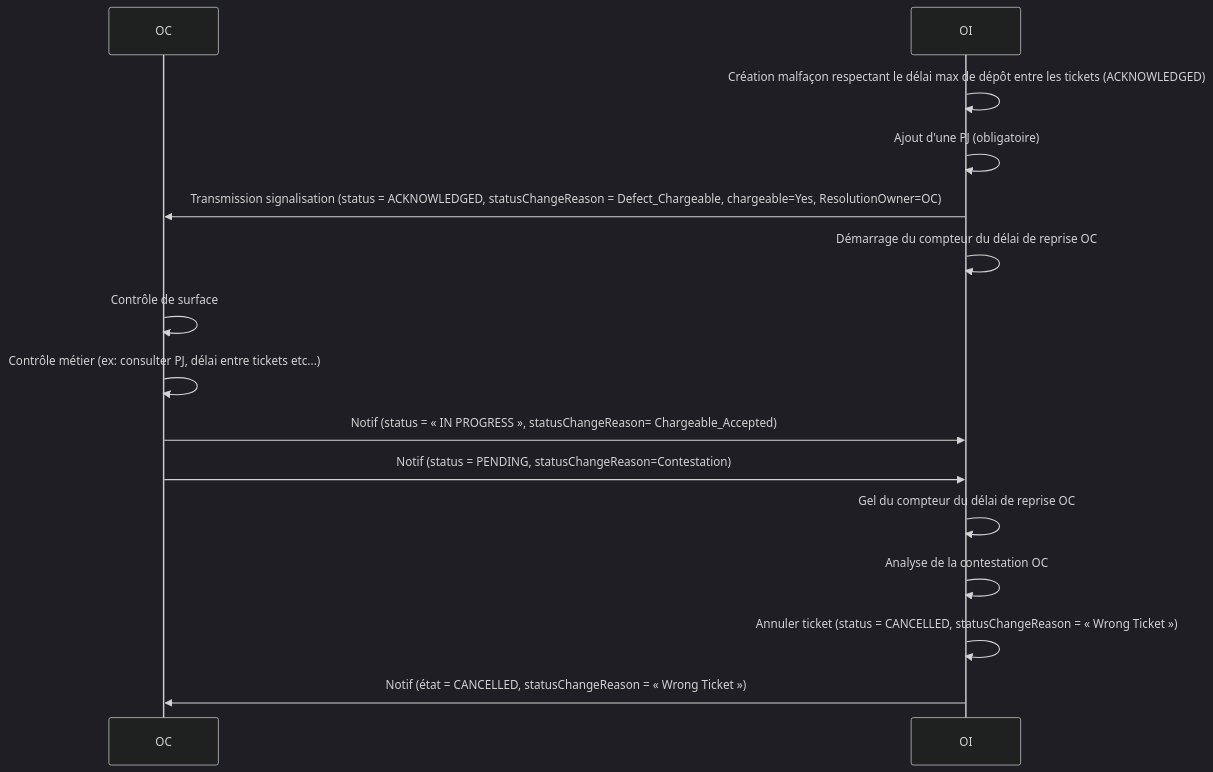
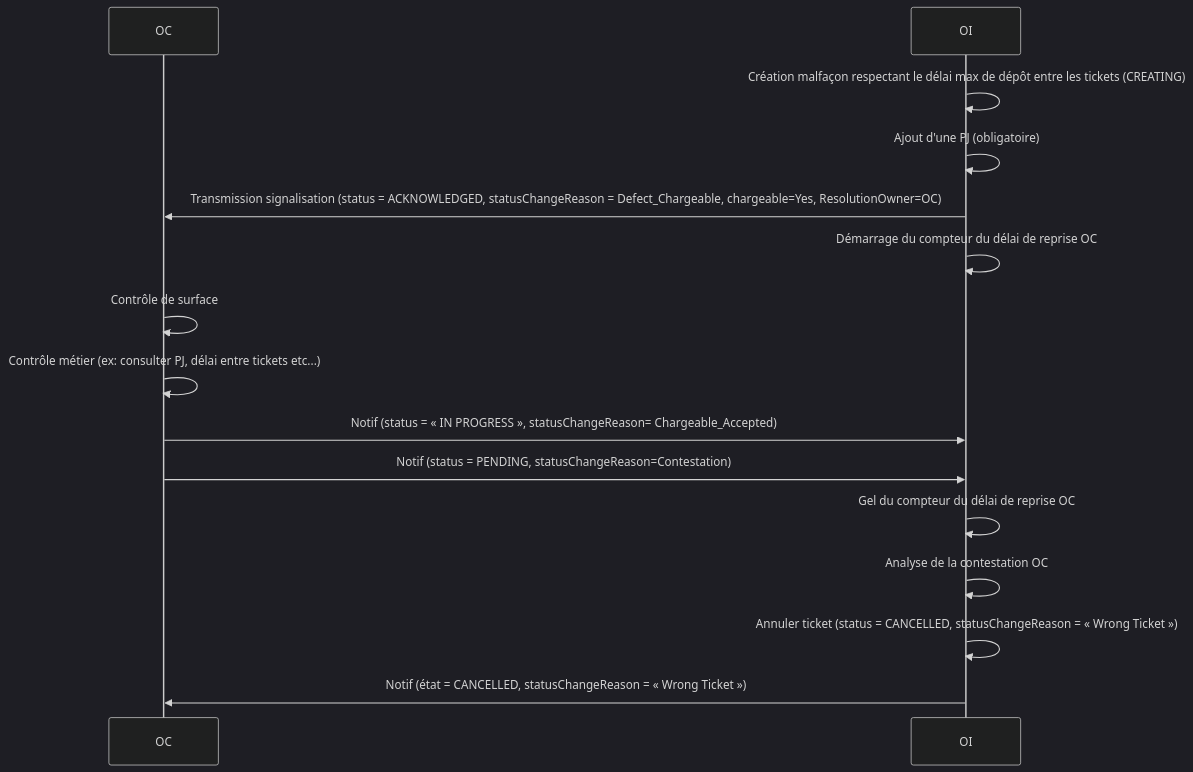
One commit to before-interop/malfacon changed the tenth of 12 diagrams in README.md. Above: the diagram before and after it, drawn with Mermaid (dark theme). The commit also changed other lines of this file and 5 other files, not shown here.

````diff
--- a/README.md
+++ b/README.md
@@ -530,19 +575,19 @@
 ```mermaid
 sequenceDiagram
 
   participant OC
   participant OI
 
-  OI->>OI: Création malfaçon respectant le délai max de dépôt entre les tickets (ACKNOWLEDGED)
+  OI->>OI: Création malfaçon respectant le délai max de dépôt entre les tickets (CREATING)
   OI->>OI: Ajout d'une PJ (obligatoire)
   OI->>OC: Transmission signalisation (status = ACKNOWLEDGED, statusChangeReason = Defect_Chargeable, chargeable=Yes, ResolutionOwner=OC)
   OI->>OI: Démarrage du compteur du délai de reprise OC
   OC->>OC: Contrôle de surface
   OC->>OC: Contrôle métier (ex: consulter PJ, délai entre tickets etc...)
-  OC->>OI: Notif (status = « IN PROGRESS », statusChangeReason= Chargeable_Accepted)
+  OC->>OI: Notif (status = « IN PROGRESS », statusChangeReason= Chargeable_Accepted)
   OC->>OI: Notif (status = PENDING, statusChangeReason=Contestation)
   OI->>OI: Gel du compteur du délai de reprise OC
   OI->>OI: Analyse de la contestation OC
-  OI->>OI: Annuler ticket (status = CANCELLED, statusChangeReason = « Wrong Ticket »)
-  OI->>OC: Notif (état = CANCELLED, statusChangeReason = « Wrong Ticket »)
+  OI->>OI: Annuler ticket (status = CANCELLED, statusChangeReason = « Wrong Ticket »)
+  OI->>OC: Notif (état = CANCELLED, statusChangeReason = « Wrong Ticket »)
 ```
````
